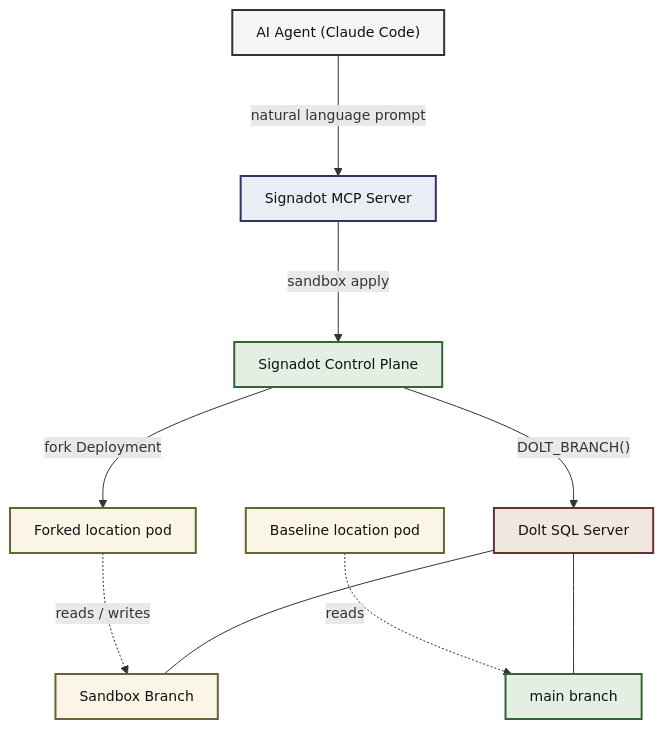
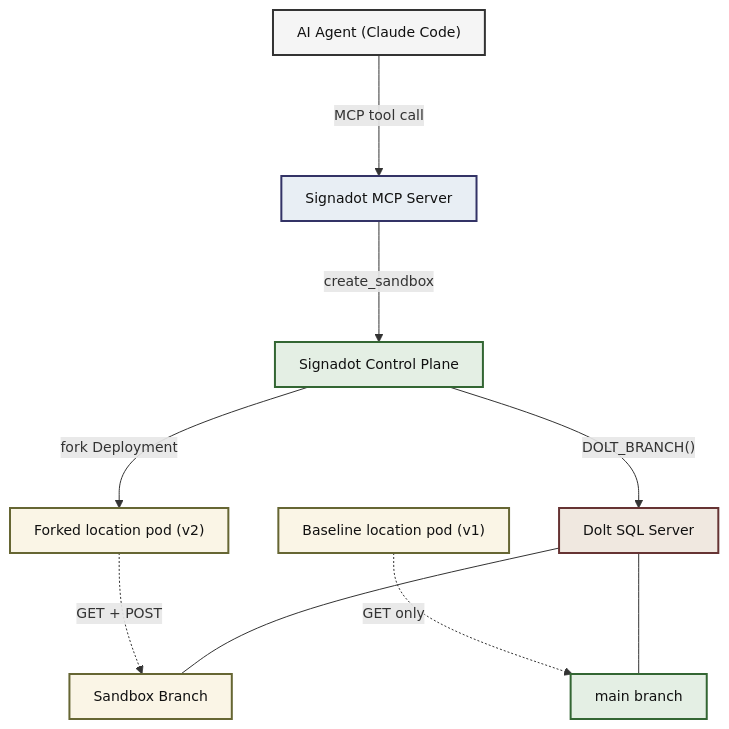
One commit to signadot/examples changed the diagram in dolt-tutorial/README.md. Above: the diagram before and after it, drawn with Mermaid. The commit also changed other lines of this file and 12 other files, not shown here.

````diff
--- a/dolt-tutorial/README.md
+++ b/dolt-tutorial/README.md
@@ -29,41 +24,41 @@
 ```mermaid
 ---
 config:
   theme: default
   flowchart:
     nodeSpacing: 50
     rankSpacing: 100
     padding: 12
   themeVariables:
     fontSize: 14px
     fontFamily: monospace
 ---
 
 flowchart TB
     Agent["AI Agent (Claude Code)"]
     MCP["Signadot MCP Server"]
     Signadot["Signadot Control Plane"]
-    Fork["Forked location pod"]
-    Baseline["Baseline location pod"]
+    Fork["Forked location pod (v2)"]
+    Baseline["Baseline location pod (v1)"]
     Dolt["Dolt SQL Server"]
     Main["main branch"]
     Branch["Sandbox Branch"]
 
-    Agent -- "natural language prompt" --> MCP
-    MCP -- "sandbox apply" --> Signadot
+    Agent -- "MCP tool call" --> MCP
+    MCP -- "create_sandbox" --> Signadot
     Signadot -- "fork Deployment" --> Fork
     Signadot -- "DOLT_BRANCH()" --> Dolt
-    Baseline -. "reads" .-> Main
-    Fork -. "reads / writes" .-> Branch
+    Baseline -. "GET only" .-> Main
+    Fork -. "GET + POST" .-> Branch
     Dolt --- Main
     Dolt --- Branch
 
     style Agent fill:#f5f5f5,stroke:#333,stroke-width:2px,color:#111
     style MCP fill:#e8eef4,stroke:#336,stroke-width:2px,color:#111
     style Signadot fill:#e4efe4,stroke:#363,stroke-width:2px,color:#111
     style Fork fill:#faf5e6,stroke:#663,stroke-width:2px,color:#111
     style Baseline fill:#faf5e6,stroke:#663,stroke-width:2px,color:#111
     style Dolt fill:#f0e8e0,stroke:#633,stroke-width:2px,color:#111
     style Main fill:#e4efe4,stroke:#363,stroke-width:2px,color:#111
     style Branch fill:#faf5e6,stroke:#663,stroke-width:2px,color:#111
 ```
````
